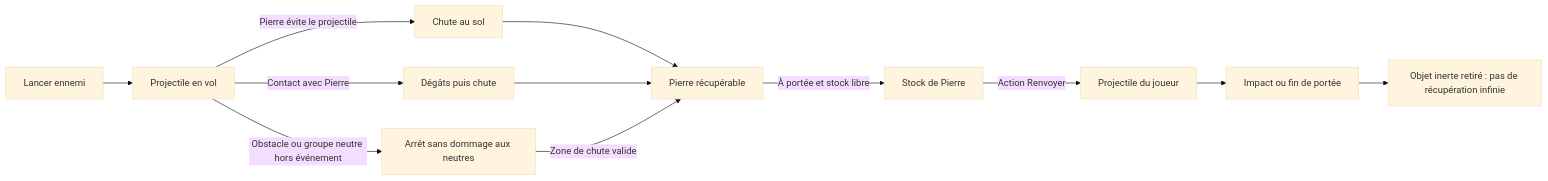
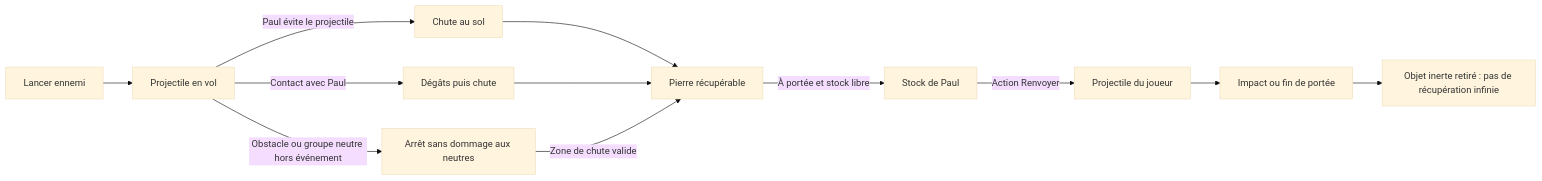
The first of 2 diagrams in docs/CAHIER_DES_CHARGES.md (thlaure/BreakBreaker), drawn with Mermaid (base theme) before and after one commit. The commit also changed other lines of this file and 3 other files, not shown here.

````diff
--- a/docs/CAHIER_DES_CHARGES.md
+++ b/docs/CAHIER_DES_CHARGES.md
@@ -263,14 +269,14 @@
 ```mermaid
 flowchart LR
   A[Lancer ennemi] --> B[Projectile en vol]
-  B -->|Pierre évite le projectile| C[Chute au sol]
-  B -->|Contact avec Pierre| D[Dégâts puis chute]
+  B -->|Paul évite le projectile| C[Chute au sol]
+  B -->|Contact avec Paul| D[Dégâts puis chute]
   B -->|Obstacle ou groupe neutre hors événement| E[Arrêt sans dommage aux neutres]
   C --> F[Pierre récupérable]
   D --> F
   E -->|Zone de chute valide| F
-  F -->|À portée et stock libre| G[Stock de Pierre]
+  F -->|À portée et stock libre| G[Stock de Paul]
   G -->|Action Renvoyer| H[Projectile du joueur]
   H --> I[Impact ou fin de portée]
   I --> J[Objet inerte retiré : pas de récupération infinie]
 ```
````
